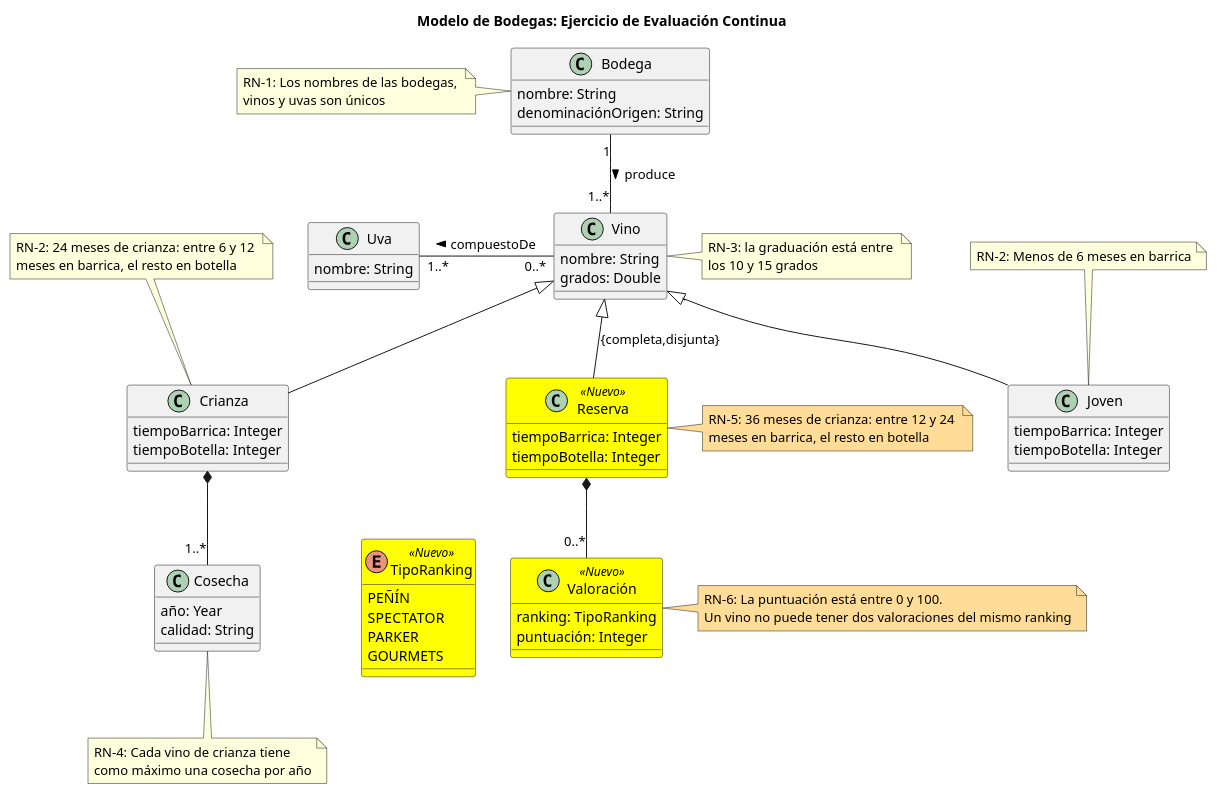
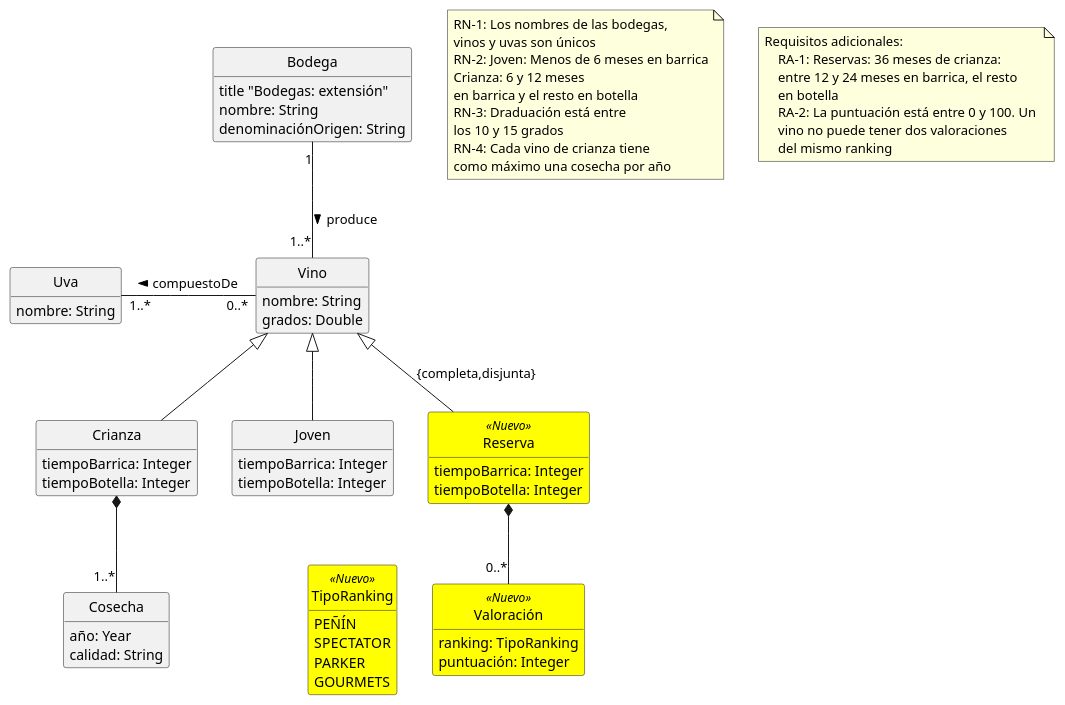
Before and after one commit to IISSI-US/silence-db: the second of 2 diagrams in _sql/Bodegas/diagrams.puml, drawn with PlantUML. The commit also changed other lines of this file and 16 other files, not shown here.

```diff
--- a/_sql/Bodegas/diagrams.puml
+++ b/_sql/Bodegas/diagrams.puml
@@ -59,87 +53,83 @@
-@startuml bodegas-dc-examen
-class Bodega{
-    nombre: String
-    denominaciónOrigen: String
-}
+@startuml bodegas-dc-reservas
+    hide circle
+    hide empty members
+    class Bodega{
+        title "Bodegas: extensión"
+        nombre: String
+        denominaciónOrigen: String
+    }
 
-class Vino{
-    nombre: String
-    grados: Double
-}
+    class Vino{
+        nombre: String
+        grados: Double
+    }
 
 
-class Crianza{
-    tiempoBarrica: Integer
-    tiempoBotella: Integer
-}
-class Joven{
-    tiempoBarrica: Integer
-    tiempoBotella: Integer 
-}
-class Uva{
-    nombre: String
-}
-class Cosecha{
-    año: Year
-    calidad: String 
-}
+    class Crianza{
+        tiempoBarrica: Integer
+        tiempoBotella: Integer
+    }
+    class Joven{
+        tiempoBarrica: Integer
+        tiempoBotella: Integer 
+    }
+    class Uva{
+        nombre: String
+    }
+    class Cosecha{
+        año: Year
+        calidad: String 
+    }
 
-    title "Modelo de Bodegas: Ejercicio de Evaluación Continua"
     class Reserva <<Nuevo>>{
     tiempoBarrica: Integer
     tiempoBotella: Integer
     }
     class Valoración <<Nuevo>>{
         ranking: TipoRanking
         puntuación: Integer
     }
     enum TipoRanking  <<Nuevo>>{
         PEÑÍN
         SPECTATOR
         PARKER
         GOURMETS
     }
 
     <style>
     .Nuevo {
         BackgroundColor Yellow
     }
     </style>
 
     Bodega "1" -- "1..*" Vino : produce >
     Vino <|--  Joven
     Vino <|-- Crianza
     Vino <|-- Reserva: "{completa,disjunta}"
     Crianza *-- "1..*" Cosecha
     Reserva *-- "0..*" Valoración
     Vino "0..*" -l- "1..*" Uva : compuestoDe >
     Valoración -left[hidden]- TipoRanking
 'Agregamos notas al modelo
-    Note left of Bodega
+    Note as rn
         RN-1: Los nombres de las bodegas, 
         vinos y uvas son únicos
-    End Note
-    Note top of Crianza
-        RN-2: 24 meses de crianza: entre 6 y 12 
-        meses en barrica, el resto en botella
-    End Note
-    Note top of Joven
-        RN-2: Menos de 6 meses en barrica
-    End Note
-    Note right of Vino
-        RN-3: la graduación está entre 
+        RN-2: Joven: Menos de 6 meses en barrica
+        Crianza: 6 y 12 meses 
+        en barrica y el resto en botella
+        RN-3: Draduación está entre 
         los 10 y 15 grados
-    End Note
-    Note bottom of Cosecha 
         RN-4: Cada vino de crianza tiene
         como máximo una cosecha por año
     End Note
-    Note right of Reserva #FFDD99
-        RN-5: 36 meses de crianza: entre 12 y 24 
-        meses en barrica, el resto en botella
-    End Note
-    Note right of Valoración #FFDD99
-        RN-6: La puntuación está entre 0 y 100. 
-        Un vino no puede tener dos valoraciones del mismo ranking
-    End Note
+
+    Note as ra
+    Requisitos adicionales:
+        RA-1: Reservas: 36 meses de crianza: 
+        entre 12 y 24 meses en barrica, el resto 
+        en botella
+        RA-2: La puntuación está entre 0 y 100. Un 
+        vino no puede tener dos valoraciones 
+        del mismo ranking
+    end Note
 @enduml
```
